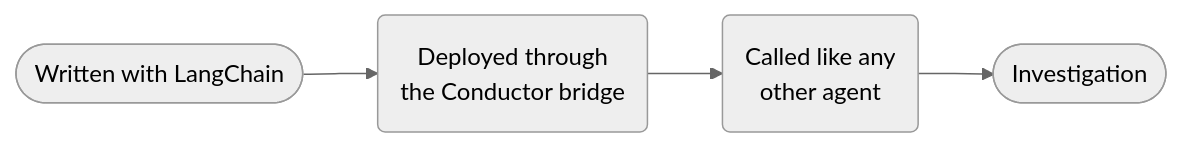
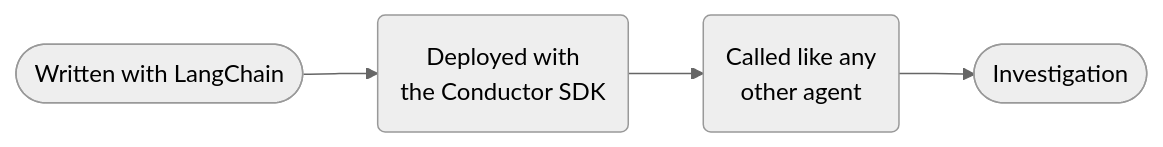
One commit to conductor-oss/conductor changed the diagram in docs/devguide/ai/cookbook/langchain-entitlement-investigator.md. Above: the diagram before and after it, drawn with Mermaid (neutral theme). The commit also changed other lines of this file and 16 other files, not shown here.

````diff
--- a/docs/devguide/ai/cookbook/langchain-entitlement-investigator.md
+++ b/docs/devguide/ai/cookbook/langchain-entitlement-investigator.md
@@ -3,6 +3,6 @@
 ```mermaid
 flowchart LR
-  L(["Written with LangChain"]) --> B("Deployed through<br/>the Conductor bridge")
+  L(["Written with LangChain"]) --> B("Deployed with<br/>the Conductor SDK")
   B --> A("Called like any<br/>other agent")
   A --> O(["Investigation"])
 ```
````
